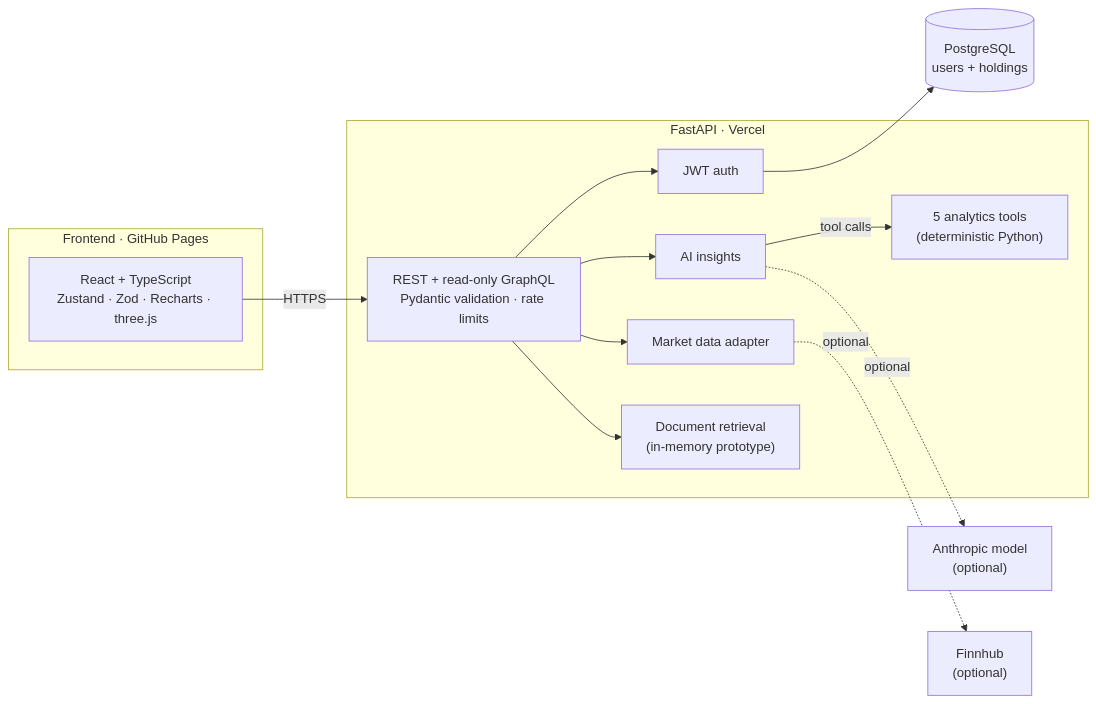
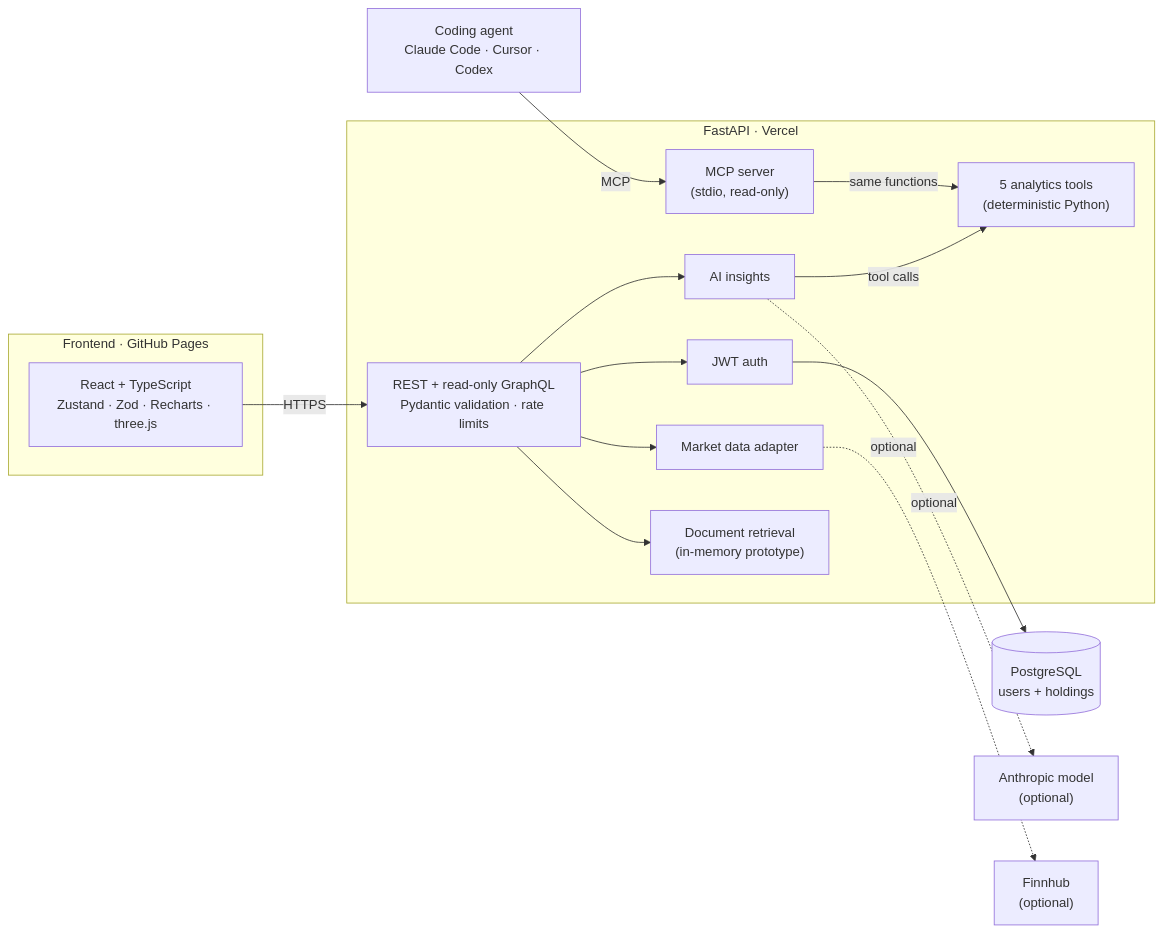
Before and after one commit to FarnazNK/finvision: the diagram in README.md, drawn with Mermaid. The commit also changed other lines of this file and 8 other files, not shown here.

First line of the commit message:
feat(mcp): expose portfolio analytics to coding agents via MCP

````diff
--- a/README.md
+++ b/README.md
@@ -59,26 +64,29 @@
 ```mermaid
 flowchart LR
     subgraph FE["Frontend · GitHub Pages"]
         UI["React + TypeScript<br/>Zustand · Zod · Recharts · three.js"]
     end
 
     subgraph BE["FastAPI · Vercel"]
         API["REST + read-only GraphQL<br/>Pydantic validation · rate limits"]
         Auth["JWT auth"]
         Insights["AI insights"]
         Tools["5 analytics tools<br/>(deterministic Python)"]
+        MCP["MCP server<br/>(stdio, read-only)"]
         Market["Market data adapter"]
         Research["Document retrieval<br/>(in-memory prototype)"]
     end
 
     DB[("PostgreSQL<br/>users + holdings")]
     LLM["Anthropic model<br/>(optional)"]
+    Agent["Coding agent<br/>Claude Code · Cursor · Codex"]
     Finnhub["Finnhub<br/>(optional)"]
 
     UI -->|HTTPS| API
     API --> Auth --> DB
     API --> Insights -->|tool calls| Tools
     Insights -.->|optional| LLM
     API --> Market -.->|optional| Finnhub
     API --> Research
+    Agent -->|MCP| MCP -->|same functions| Tools
 ```
````
